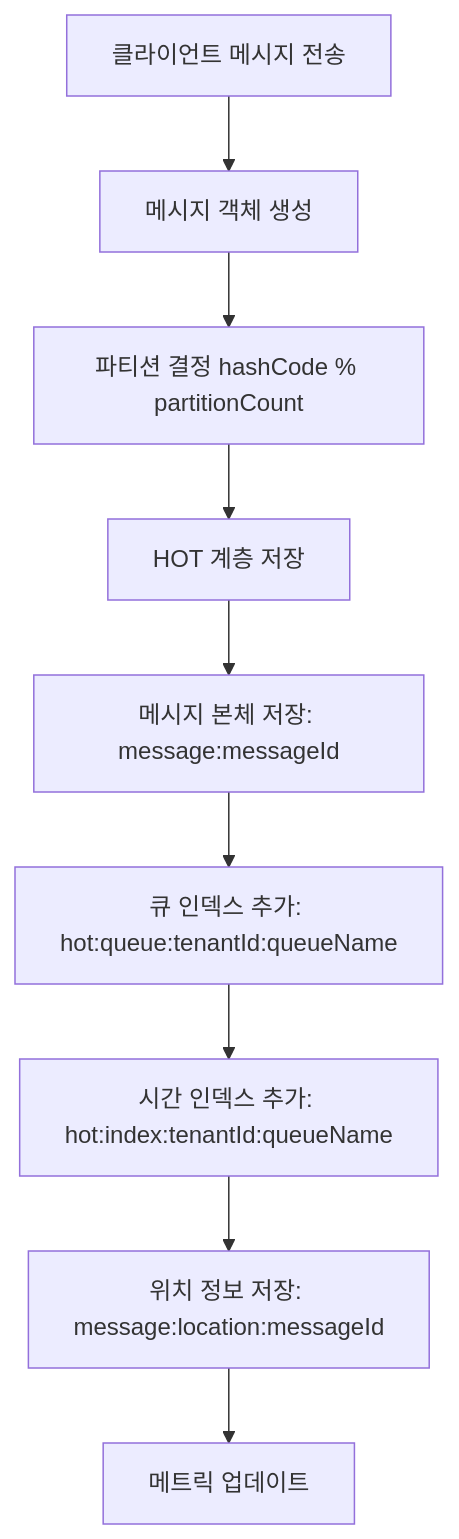
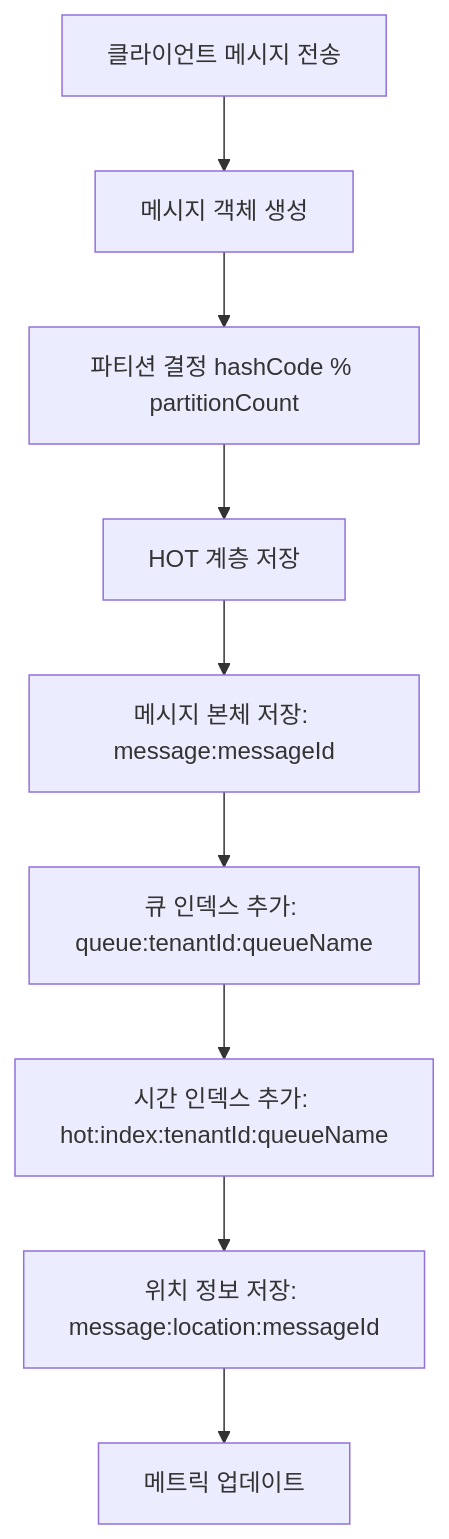
The first of 3 diagrams in docs/message-processing-architecture.md (jyukki97/simple-queue-service), drawn with Mermaid before and after one commit. The commit also changed other lines of this file and 24 other files, not shown here.

````diff
--- a/docs/message-processing-architecture.md
+++ b/docs/message-processing-architecture.md
@@ -73,11 +73,11 @@
 ```mermaid
 graph TD
     A[클라이언트 메시지 전송] --> B[메시지 객체 생성]
     B --> C[파티션 결정 hashCode % partitionCount]
     C --> D[HOT 계층 저장]
     D --> E[메시지 본체 저장: message:messageId]
-    E --> F[큐 인덱스 추가: hot:queue:tenantId:queueName]
+    E --> F[큐 인덱스 추가: queue:tenantId:queueName]
     F --> G[시간 인덱스 추가: hot:index:tenantId:queueName]
     G --> H[위치 정보 저장: message:location:messageId]
     H --> I[메트릭 업데이트]
 ```
````
